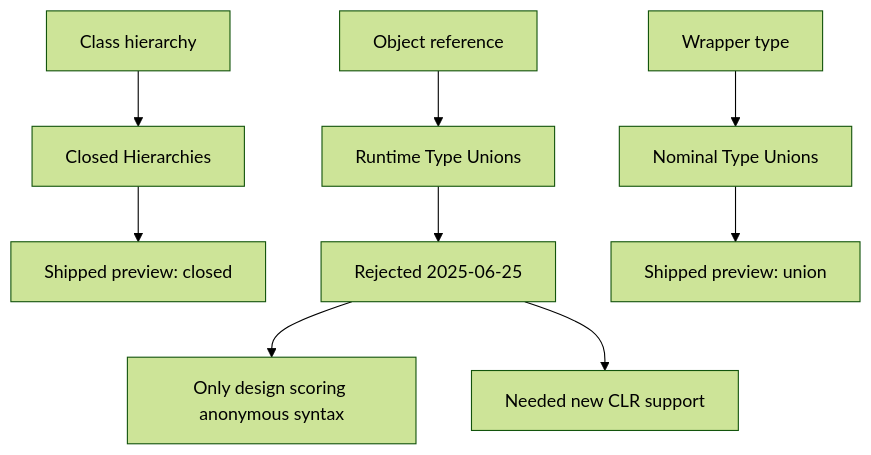
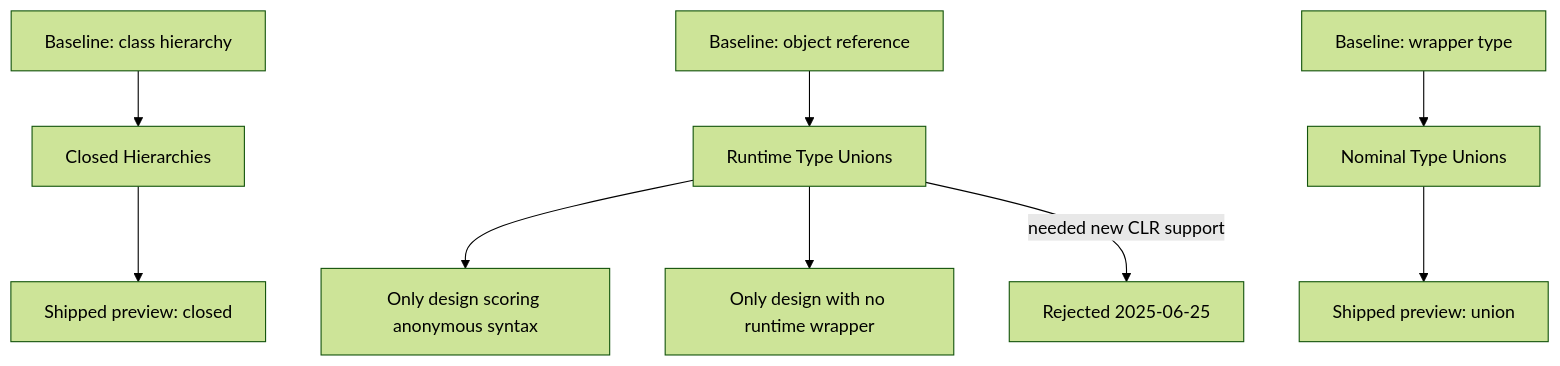
Before and after one commit to davewil/beam-sharp: the diagram in wayfinder/research/07-csharp15-and-ts-unions.md, drawn with Mermaid (forest theme). The commit also changed other lines of this file and 6 other files, not shown here.

````diff
--- a/wayfinder/research/07-csharp15-and-ts-unions.md
+++ b/wayfinder/research/07-csharp15-and-ts-unions.md
@@ -328,11 +352,11 @@
 ```mermaid
 flowchart TD
-  A["Class hierarchy"] --> A1["Closed Hierarchies"]
-  B["Object reference"] --> B1["Runtime Type Unions"]
-  C["Wrapper type"] --> C1["Nominal Type Unions"]
+  A["Baseline: class hierarchy"] --> A1["Closed Hierarchies"]
+  B["Baseline: object reference"] --> B1["Runtime Type Unions"]
+  C["Baseline: wrapper type"] --> C1["Nominal Type Unions"]
   A1 --> D["Shipped preview: closed"]
-  B1 --> E["Rejected 2025-06-25"]
   C1 --> F["Shipped preview: union"]
-  E --> G["Only design scoring anonymous syntax"]
-  E --> H["Needed new CLR support"]
+  B1 --> G["Only design scoring anonymous syntax"]
+  B1 --> H["Only design with no runtime wrapper"]
+  B1 -->|"needed new CLR support"| E["Rejected 2025-06-25"]
 ```
````
